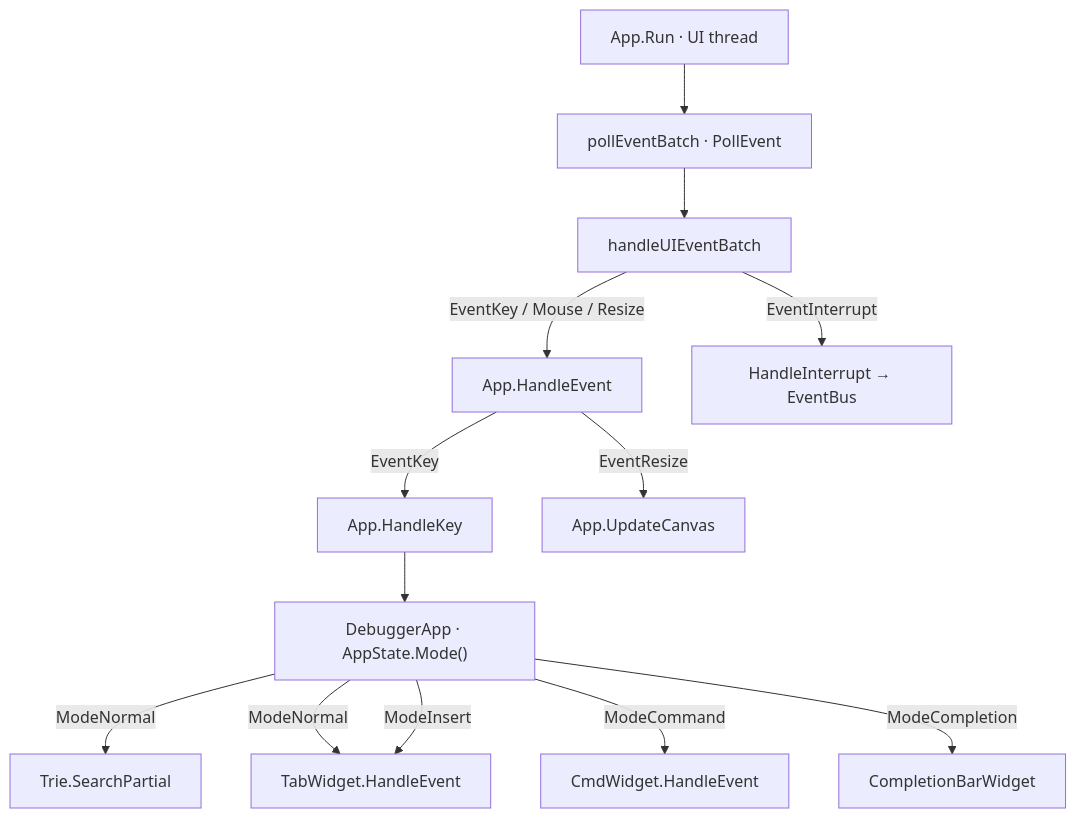
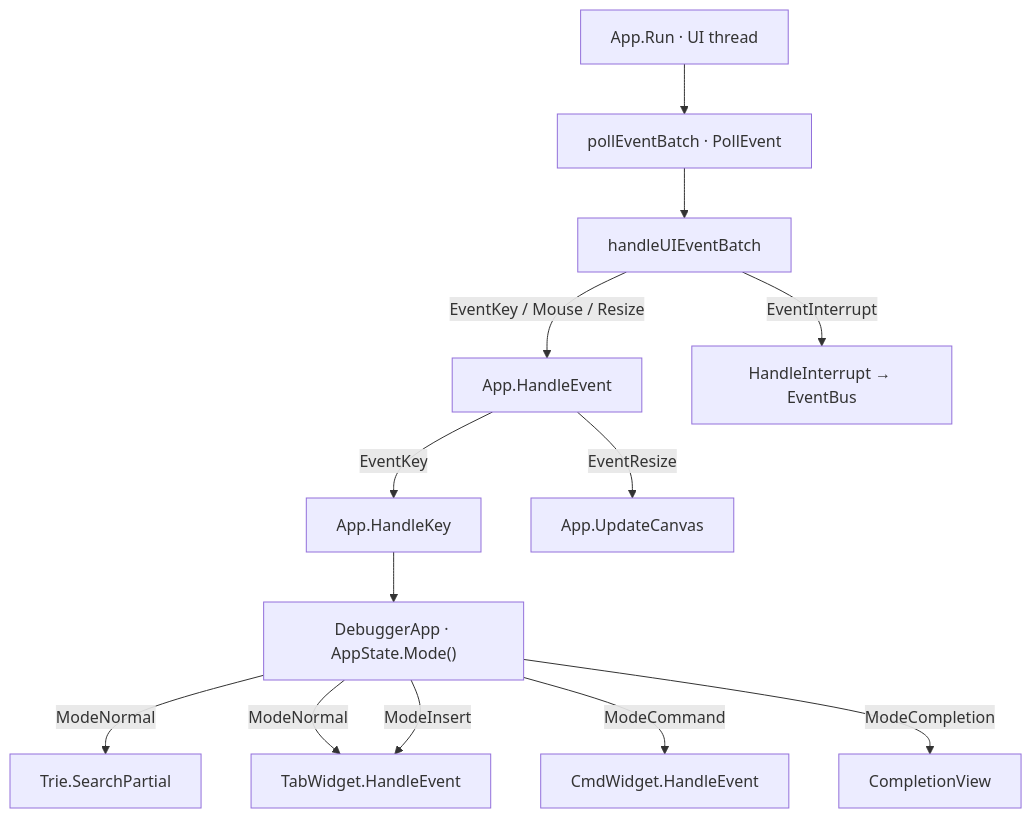
One commit to yairgd/gdbforge changed the second of 4 diagrams in docs/INPUT.md. Above: the diagram before and after it, drawn with Mermaid. The commit also changed other lines of this file and 14 other files, not shown here.

````diff
--- a/docs/INPUT.md
+++ b/docs/INPUT.md
@@ -103,26 +103,26 @@
 ```mermaid
 flowchart TB
     Select["App.Run · UI thread"]
     Poll["pollEventBatch · PollEvent"]
     Batch["handleUIEventBatch"]
     TermHandler["App.HandleEvent"]
     HandleKey["App.HandleKey"]
     Resize["App.UpdateCanvas"]
     HandleInt["HandleInterrupt → EventBus"]
     Router["DebuggerApp · AppState.Mode()"]
     Trie["Trie.SearchPartial"]
     Tab["TabWidget.HandleEvent"]
     Cmd["CmdWidget.HandleEvent"]
-    Comp["CompletionBarWidget"]
+    Comp["CompletionView"]
 
     Select --> Poll --> Batch
     Batch -->|"EventKey / Mouse / Resize"| TermHandler
     Batch -->|"EventInterrupt"| HandleInt
     TermHandler -->|"EventKey"| HandleKey --> Router
     TermHandler -->|"EventResize"| Resize
     Router -->|"ModeNormal"| Trie
     Router -->|"ModeNormal"| Tab
     Router -->|"ModeInsert"| Tab
     Router -->|"ModeCommand"| Cmd
     Router -->|"ModeCompletion"| Comp
 ```
````
